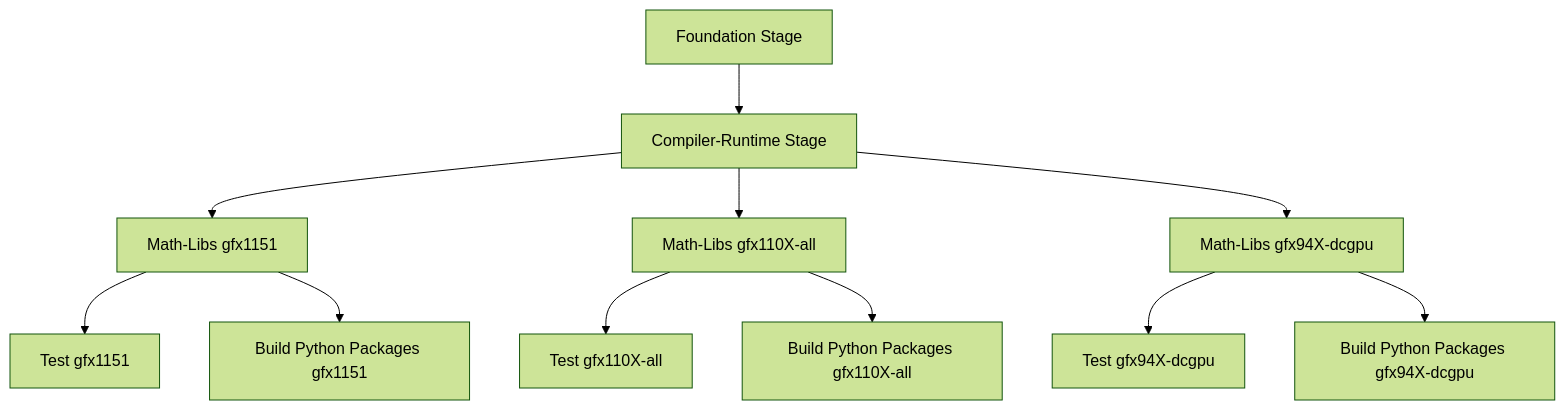
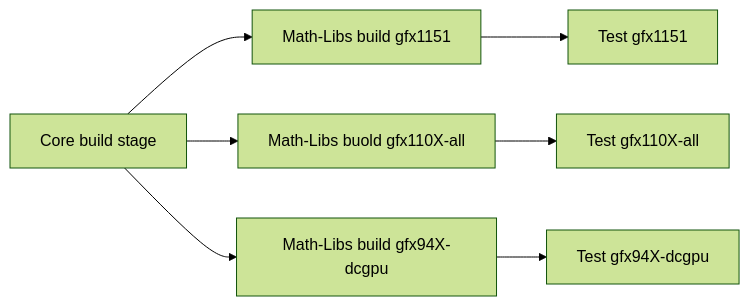
The first of 3 diagrams in docs/development/ci_overview.md (ROCm/TheRock), drawn with Mermaid (forest theme) before and after one commit. The commit also changed other lines of this file, not shown here.

````diff
--- a/docs/development/ci_overview.md
+++ b/docs/development/ci_overview.md
@@ -20,13 +19,10 @@
 ```mermaid
-graph TD
-    A[Foundation Stage] --> B[Compiler-Runtime Stage]
-    B --> C1[Math-Libs gfx1151]
-    B --> C2[Math-Libs gfx110X-all]
-    B --> C3[Math-Libs gfx94X-dcgpu]
+graph LR
+    A[Core build stage]
+    A --> C1[Math-Libs build gfx1151]
+    A --> C2[Math-Libs buold gfx110X-all]
+    A --> C3[Math-Libs build gfx94X-dcgpu]
     C1 --> D1[Test gfx1151]
     C2 --> D2[Test gfx110X-all]
     C3 --> D3[Test gfx94X-dcgpu]
-    C1 --> E1[Build Python Packages gfx1151]
-    C2 --> E2[Build Python Packages gfx110X-all]
-    C3 --> E3[Build Python Packages gfx94X-dcgpu]
 ```
````
